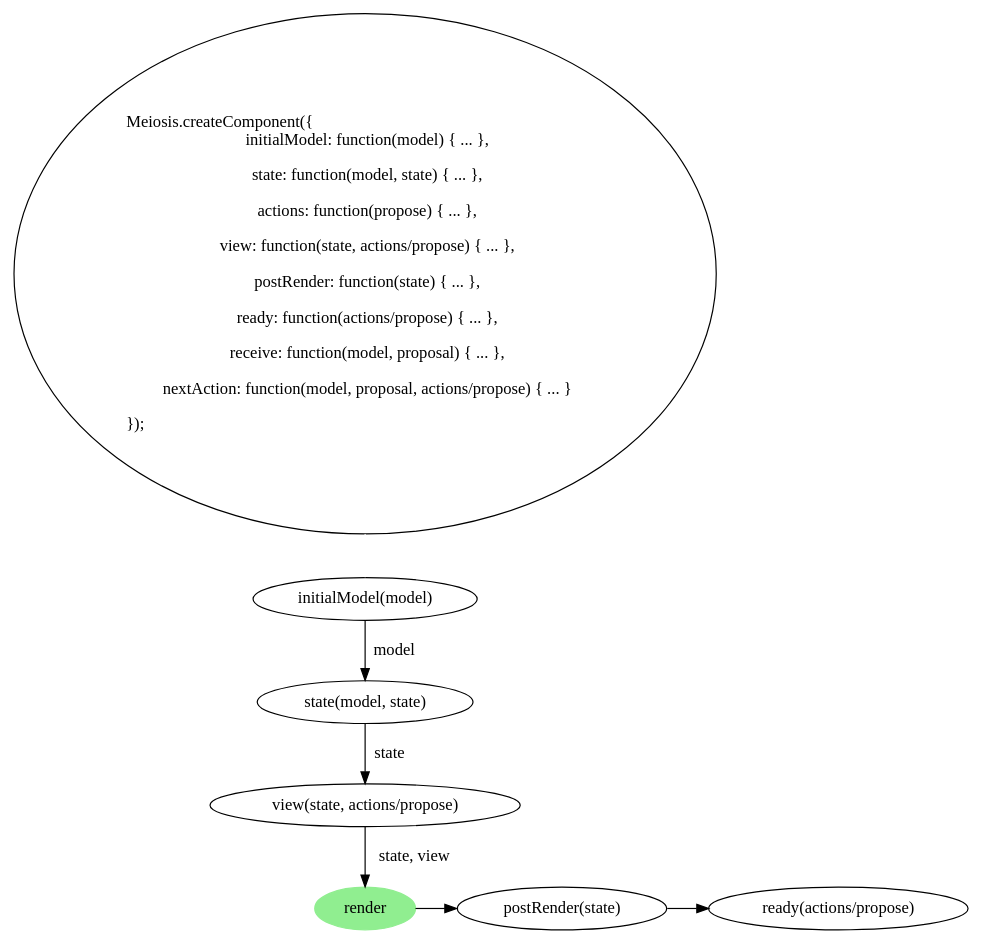
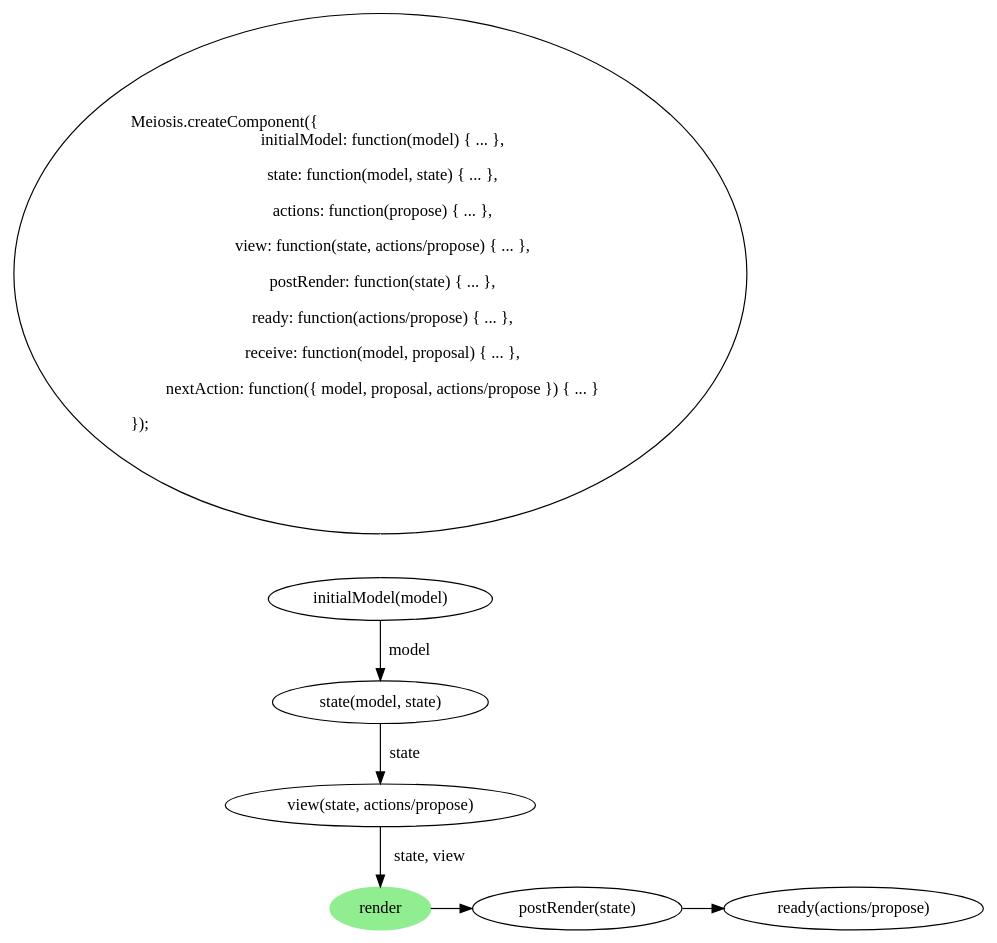
Before and after one commit to foxdonut/meiosis-guide: the diagram in images/meiosis_init.dot, drawn with Graphviz. The commit also changed 4 other files, not shown here.

```diff
--- a/images/meiosis_init.dot
+++ b/images/meiosis_init.dot
@@ -1,27 +1,27 @@
 digraph meiosis_init {
   createComponent [fontname=Hack, label = "\lMeiosis.createComponent(\{\l\ \ initialModel: function(model) \{ ... \},
     \l  state: function(model, state) \{ ... \},
     \l  actions: function(propose) \{ ... \},
     \l  view: function(state, actions/propose) \{ ... \},
     \l  postRender: function(state) \{ ... \},
     \l  ready: function(actions/propose) \{ ... \},
     \l  receive: function(model, proposal) \{ ... \},
-    \l  nextAction: function(model, proposal, actions/propose) \{ ... \}
+    \l  nextAction: function(\{ model, proposal, actions/propose \}) \{ ... \}
     \l\});\l\l"]
 
   initialModel [label="initialModel(model)", fontname=Hack]
   state [label = "state(model, state)", fontname=Hack]
   view [label = "view(state, actions/propose)", fontname=Hack]
   render [style=filled, color=lightgreen]
   postRender [label = "postRender(state)", fontname=Hack]
   ready [label = "ready(actions/propose)", fontname=Hack]
 
   {rank=same; render postRender ready}
 
   createComponent -> initialModel [arrowhead=none, arrowtail=empty, color=white]
   initialModel -> state [label = " model"]
   state -> view [label = " state"]
   view -> render [label = " state, view"]
   render -> postRender
   postRender -> ready
 }
```
